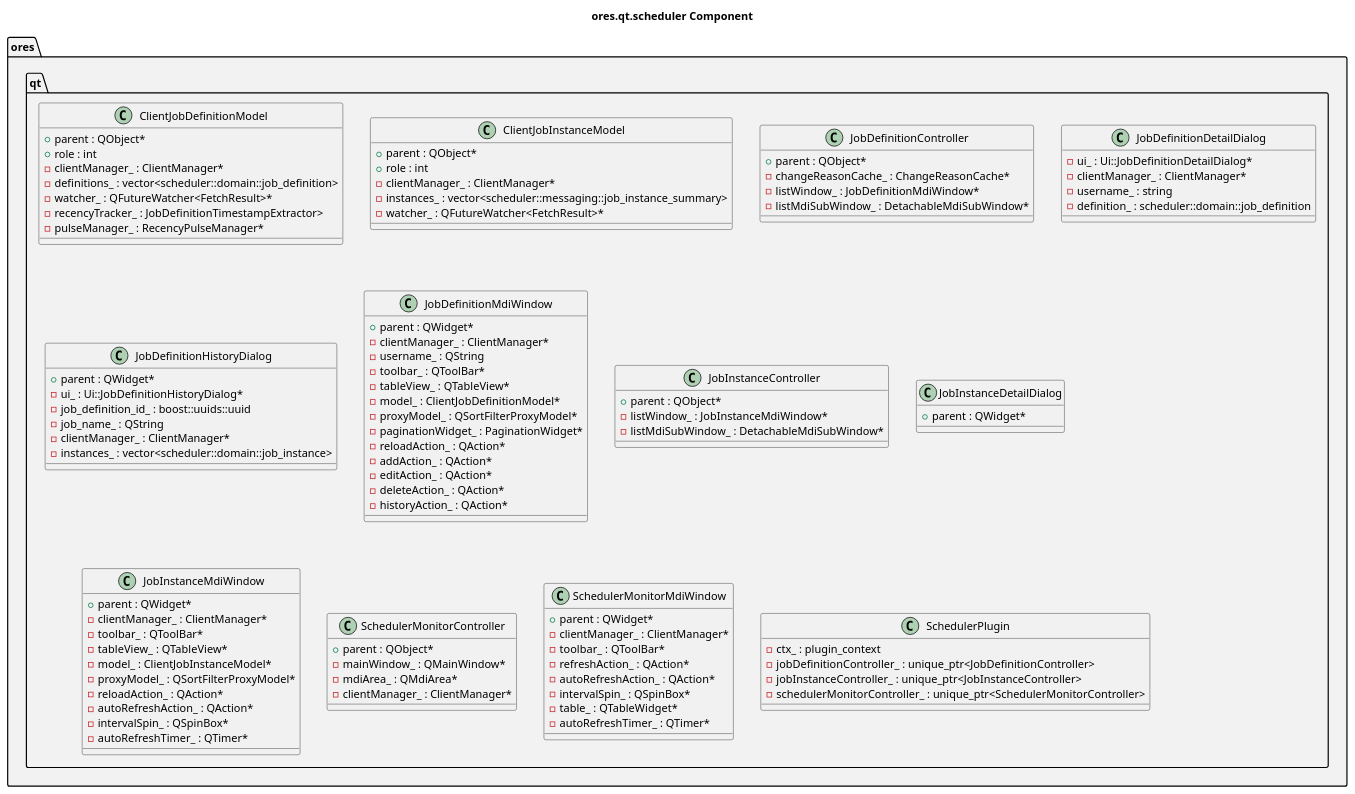
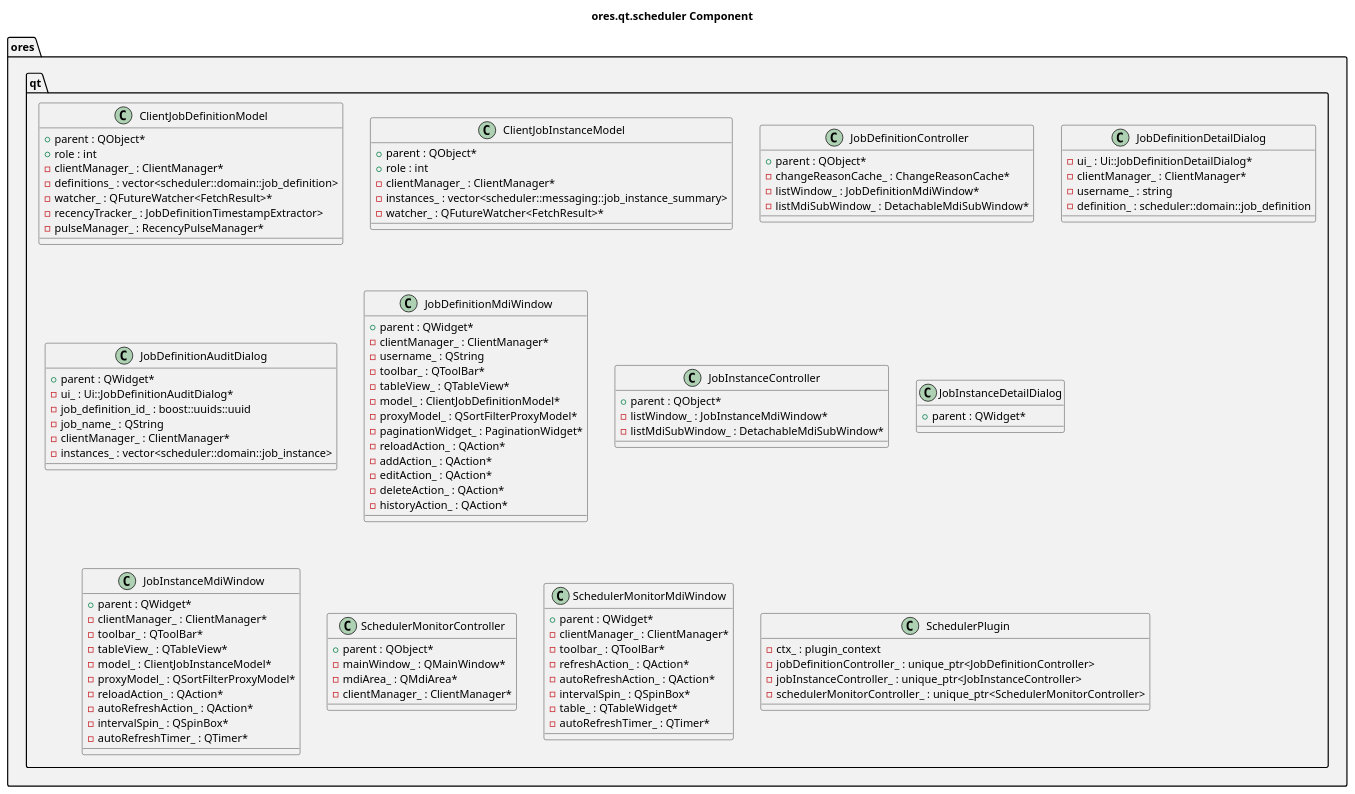
The diagram in projects/ores.qt/scheduler/modeling/ores.qt.scheduler.puml (OreStudio/OreStudio), drawn with PlantUML before and after one commit. The commit also changed 27 other files, not shown here.

First line of the commit message:
[qt] Rename event-log history dialogs to Audit

```diff
--- a/projects/ores.qt/scheduler/modeling/ores.qt.scheduler.puml
+++ b/projects/ores.qt/scheduler/modeling/ores.qt.scheduler.puml
@@ -18,110 +18,110 @@
 @startuml
 
 title ores.qt.scheduler Component
 
 set namespaceSeparator ::
 
 namespace ores #F2F2F2 {
     namespace qt #F2F2F2 {
         class ClientJobDefinitionModel {
             +parent : QObject*
             +role : int
             -clientManager_ : ClientManager*
             -definitions_ : vector<scheduler::domain::job_definition>
             -watcher_ : QFutureWatcher<FetchResult>*
             -recencyTracker_ : JobDefinitionTimestampExtractor>
             -pulseManager_ : RecencyPulseManager*
         }
         class ClientJobInstanceModel {
             +parent : QObject*
             +role : int
             -clientManager_ : ClientManager*
             -instances_ : vector<scheduler::messaging::job_instance_summary>
             -watcher_ : QFutureWatcher<FetchResult>*
         }
         class JobDefinitionController {
             +parent : QObject*
             -changeReasonCache_ : ChangeReasonCache*
             -listWindow_ : JobDefinitionMdiWindow*
             -listMdiSubWindow_ : DetachableMdiSubWindow*
         }
         class JobDefinitionDetailDialog {
             -ui_ : Ui::JobDefinitionDetailDialog*
             -clientManager_ : ClientManager*
             -username_ : string
             -definition_ : scheduler::domain::job_definition
         }
-        class JobDefinitionHistoryDialog {
+        class JobDefinitionAuditDialog {
             +parent : QWidget*
-            -ui_ : Ui::JobDefinitionHistoryDialog*
+            -ui_ : Ui::JobDefinitionAuditDialog*
             -job_definition_id_ : boost::uuids::uuid
             -job_name_ : QString
             -clientManager_ : ClientManager*
             -instances_ : vector<scheduler::domain::job_instance>
         }
         class JobDefinitionMdiWindow {
             +parent : QWidget*
             -clientManager_ : ClientManager*
             -username_ : QString
             -toolbar_ : QToolBar*
             -tableView_ : QTableView*
             -model_ : ClientJobDefinitionModel*
             -proxyModel_ : QSortFilterProxyModel*
             -paginationWidget_ : PaginationWidget*
             -reloadAction_ : QAction*
             -addAction_ : QAction*
             -editAction_ : QAction*
             -deleteAction_ : QAction*
             -historyAction_ : QAction*
         }
         class JobInstanceController {
             +parent : QObject*
             -listWindow_ : JobInstanceMdiWindow*
             -listMdiSubWindow_ : DetachableMdiSubWindow*
         }
         class JobInstanceDetailDialog {
             +parent : QWidget*
         }
         class JobInstanceMdiWindow {
             +parent : QWidget*
             -clientManager_ : ClientManager*
             -toolbar_ : QToolBar*
             -tableView_ : QTableView*
             -model_ : ClientJobInstanceModel*
             -proxyModel_ : QSortFilterProxyModel*
             -reloadAction_ : QAction*
             -autoRefreshAction_ : QAction*
             -intervalSpin_ : QSpinBox*
             -autoRefreshTimer_ : QTimer*
         }
         class SchedulerMonitorController {
             +parent : QObject*
             -mainWindow_ : QMainWindow*
             -mdiArea_ : QMdiArea*
             -clientManager_ : ClientManager*
         }
         class SchedulerMonitorMdiWindow {
             +parent : QWidget*
             -clientManager_ : ClientManager*
             -toolbar_ : QToolBar*
             -refreshAction_ : QAction*
             -autoRefreshAction_ : QAction*
             -intervalSpin_ : QSpinBox*
             -table_ : QTableWidget*
             -autoRefreshTimer_ : QTimer*
         }
         class SchedulerPlugin {
             -ctx_ : plugin_context
             -jobDefinitionController_ : unique_ptr<JobDefinitionController>
             -jobInstanceController_ : unique_ptr<JobInstanceController>
             -schedulerMonitorController_ : unique_ptr<SchedulerMonitorController>
         }
     }
 }
 
 ' --- manual: everything below this line is hand-authored; the script preserves it ---
 
 ' Local Variables:
 ' compile-command: "java -Djava.awt.headless=true -DPLANTUML_SECURITY_PROFILE=UNSECURE -DPLANTUML_LIMIT_SIZE=65535 -jar /usr/share/plantuml/plantuml.jar ores.qt.scheduler.puml"
 ' End:
 @enduml
```
